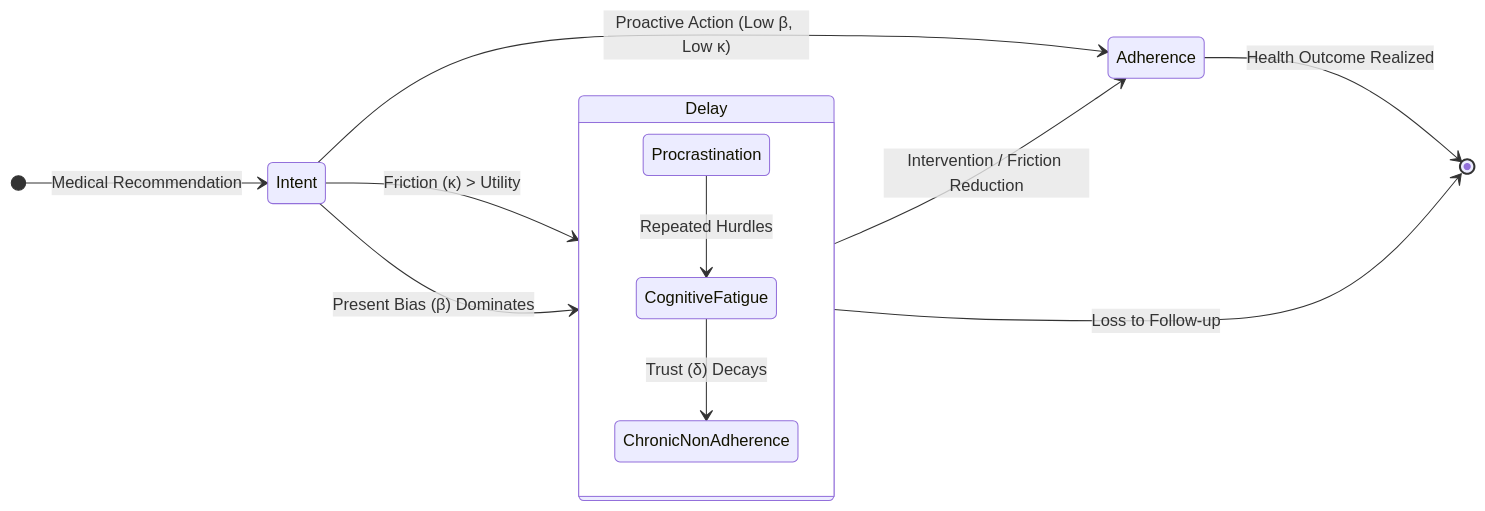
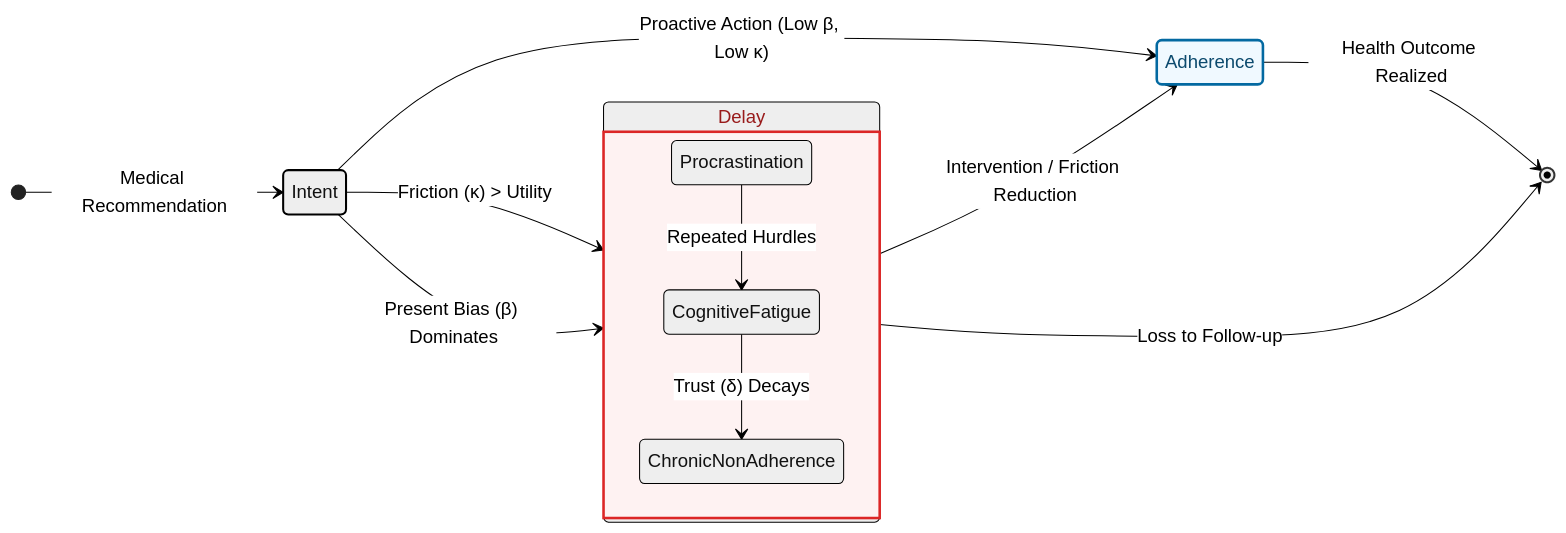
The diagram in clinical/index.md (yichao2022/yichao2022.github.io), drawn with Mermaid before and after one commit. The commit also changed other lines of this file, not shown here.

Commit message:
style: maximize mermaid diagram impact on clinical page with custom css and high contrast colors

```diff
--- a/clinical/index.md
+++ b/clinical/index.md
@@ -17,20 +38,29 @@
-  <div class="mermaid">
+    <div class="mermaid">
+%%{init: {'theme': 'neutral', 'themeVariables': { 'fontSize': '18px', 'fontFamily': 'system-ui', 'edgeLabelBackground':'#ffffff', 'tertiaryColor': '#f3f3f3', 'lineColor': '#333333'}, 'state': {'edgeLength': 150}}}%%
 stateDiagram-v2
     direction LR
-    
+
+    classDef delayState fill:#fef2f2,stroke:#dc2626,stroke-width:2.5px,color:#991b1b,fontWeight:bold;
+    classDef optimalState fill:#f0f9ff,stroke:#0369a1,stroke-width:2.5px,color:#0c4a6e,fontWeight:bold;
+    classDef defaultState stroke-width:2px;
+
     [*] --> Intent : Medical Recommendation
     
     Intent --> Adherence : Proactive Action (Low β, Low κ)
     Intent --> Delay : Friction (κ) > Utility
     Intent --> Delay : Present Bias (β) Dominates
     
     state Delay {
         direction TB
         Procrastination --> CognitiveFatigue : Repeated Hurdles
         CognitiveFatigue --> ChronicNonAdherence : Trust (δ) Decays
     }
     
     Delay --> Adherence : Intervention / Friction Reduction
     Delay --> [*] : Loss to Follow-up
     Adherence --> [*] : Health Outcome Realized
-  </div>
+
+    class Delay delayState
+    class Adherence optimalState
+    class Intent defaultState
+    </div>
```
